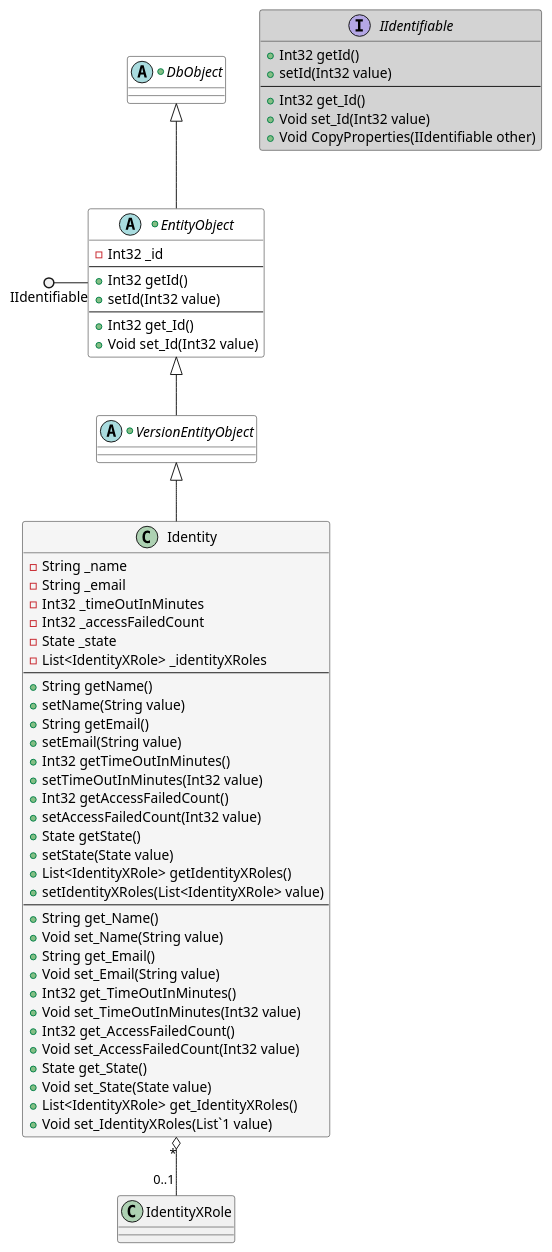
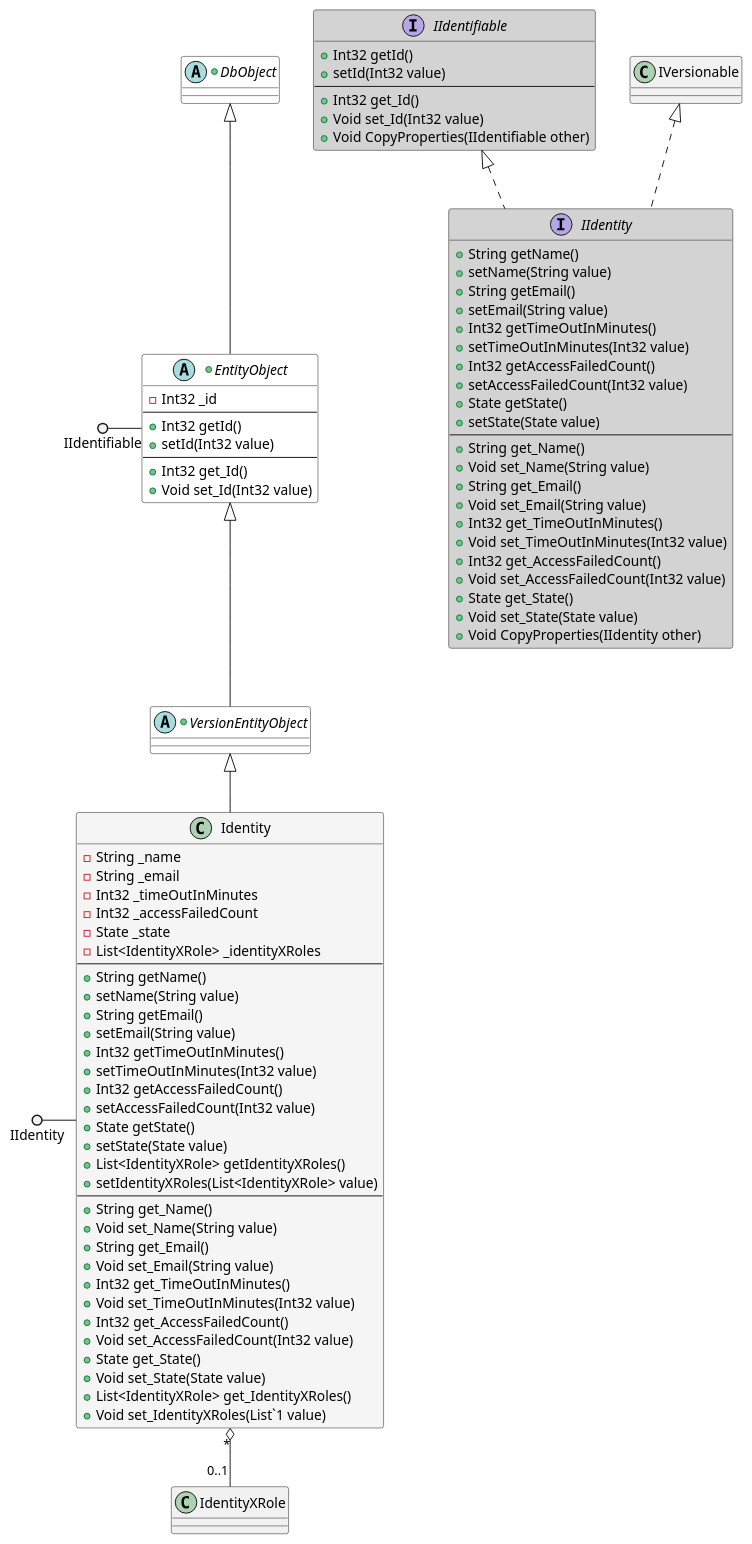
Before and after one commit to leoggehrer/SEeVaccinationPass: the diagram in Diagrams/Entities/Account/Identity.puml, drawn with PlantUML. The commit also changed 58 other files, not shown here.

```diff
--- a/Diagrams/Entities/Account/Identity.puml
+++ b/Diagrams/Entities/Account/Identity.puml
@@ -2,62 +2,89 @@
 @startuml eVaccinationPass.Logic.Entities.Account.Identity
 class Identity #whitesmoke {
     - String _name
     - String _email
     - Int32 _timeOutInMinutes
     - Int32 _accessFailedCount
     - State _state
     - List<IdentityXRole> _identityXRoles
     ---
      + String getName()
      + setName(String value)
      + String getEmail()
      + setEmail(String value)
      + Int32 getTimeOutInMinutes()
      + setTimeOutInMinutes(Int32 value)
      + Int32 getAccessFailedCount()
      + setAccessFailedCount(Int32 value)
      + State getState()
      + setState(State value)
      + List<IdentityXRole> getIdentityXRoles()
      + setIdentityXRoles(List<IdentityXRole> value)
     ---
     + String get_Name()
     + Void set_Name(String value)
     + String get_Email()
     + Void set_Email(String value)
     + Int32 get_TimeOutInMinutes()
     + Void set_TimeOutInMinutes(Int32 value)
     + Int32 get_AccessFailedCount()
     + Void set_AccessFailedCount(Int32 value)
     + State get_State()
     + Void set_State(State value)
     + List<IdentityXRole> get_IdentityXRoles()
     + Void set_IdentityXRoles(List`1 value)
 }
 +abstract class VersionEntityObject #white {
 }
 +abstract class EntityObject #white {
     - Int32 _id
     ---
      + Int32 getId()
      + setId(Int32 value)
     ---
     + Int32 get_Id()
     + Void set_Id(Int32 value)
 }
 +abstract class DbObject #white {
 }
+interface IIdentity #lightgrey {
+     + String getName()
+     + setName(String value)
+     + String getEmail()
+     + setEmail(String value)
+     + Int32 getTimeOutInMinutes()
+     + setTimeOutInMinutes(Int32 value)
+     + Int32 getAccessFailedCount()
+     + setAccessFailedCount(Int32 value)
+     + State getState()
+     + setState(State value)
+    ---
+    + String get_Name()
+    + Void set_Name(String value)
+    + String get_Email()
+    + Void set_Email(String value)
+    + Int32 get_TimeOutInMinutes()
+    + Void set_TimeOutInMinutes(Int32 value)
+    + Int32 get_AccessFailedCount()
+    + Void set_AccessFailedCount(Int32 value)
+    + State get_State()
+    + Void set_State(State value)
+    + Void CopyProperties(IIdentity other)
+}
 interface IIdentifiable #lightgrey {
      + Int32 getId()
      + setId(Int32 value)
     ---
     + Int32 get_Id()
     + Void set_Id(Int32 value)
     + Void CopyProperties(IIdentifiable other)
 }
 VersionEntityObject <|-- Identity
 EntityObject <|-- VersionEntityObject
 DbObject <|-- EntityObject
+IVersionable <|.. IIdentity
+IIdentifiable <|.. IIdentity
+IIdentity ()- Identity
 IIdentifiable ()- EntityObject
 Identity "*" o-- "0..1" IdentityXRole
 @enduml
```
